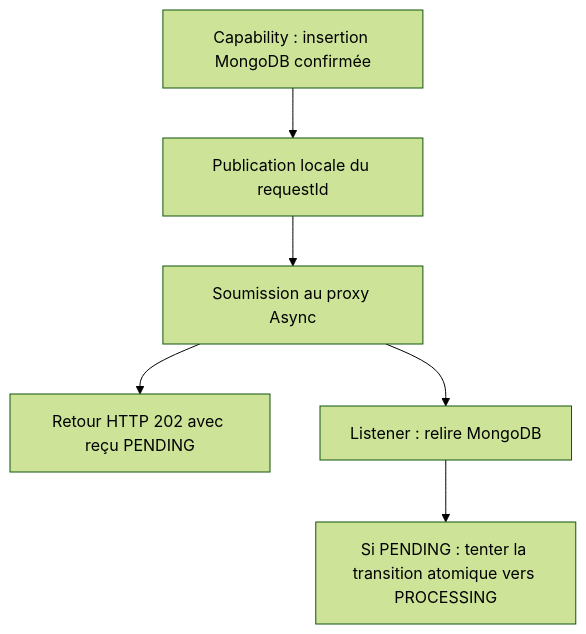
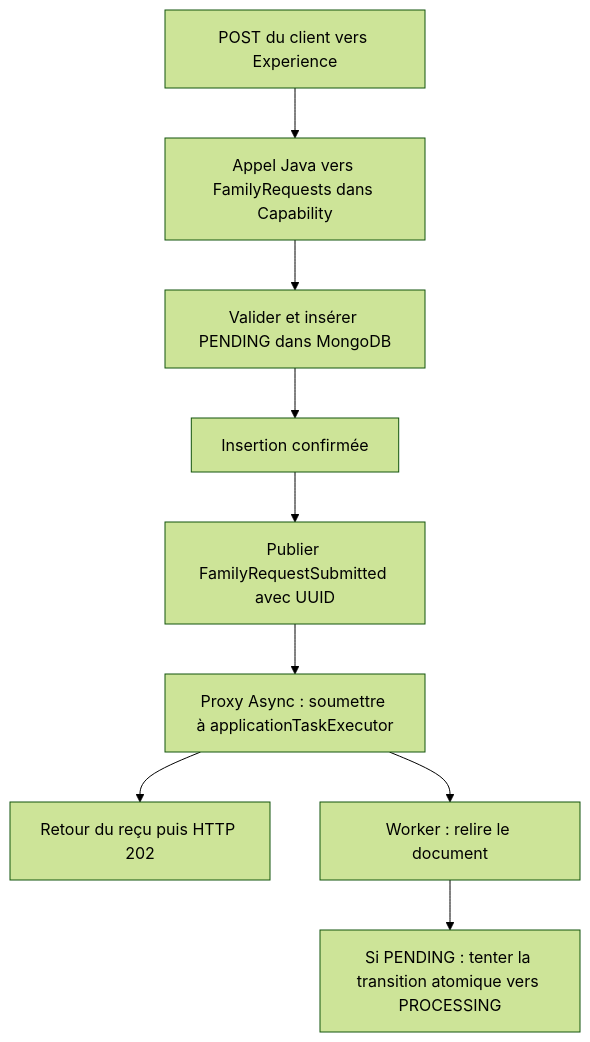
The diagram in notes/sprint-04/INT-14-publier-et-consommer.md (libileh91/conflux-lab), drawn with Mermaid (forest theme) before and after one commit. The commit also changed other lines of this file and 10 other files, not shown here.

````diff
--- a/notes/sprint-04/INT-14-publier-et-consommer.md
+++ b/notes/sprint-04/INT-14-publier-et-consommer.md
@@ -15,9 +46,12 @@
 ```mermaid
 flowchart TD
-    Save[Capability : insertion MongoDB confirmée]
-    Save --> Event[Publication locale du requestId]
-    Event --> Submit[Soumission au proxy Async]
-    Submit --> Http[Retour HTTP 202 avec reçu PENDING]
-    Submit --> Read[Listener : relire MongoDB]
-    Read --> Claim[Si PENDING : tenter la transition atomique vers PROCESSING]
+    C[POST du client vers Experience]
+    C --> API[Appel Java vers FamilyRequests dans Capability]
+    API --> Save[Valider et insérer PENDING dans MongoDB]
+    Save --> Ack[Insertion confirmée]
+    Ack --> Event[Publier FamilyRequestSubmitted avec UUID]
+    Event --> Proxy[Proxy Async : soumettre à applicationTaskExecutor]
+    Proxy --> Http[Retour du reçu puis HTTP 202]
+    Proxy --> Worker[Worker : relire le document]
+    Worker --> Claim[Si PENDING : tenter la transition atomique vers PROCESSING]
 ```
````
